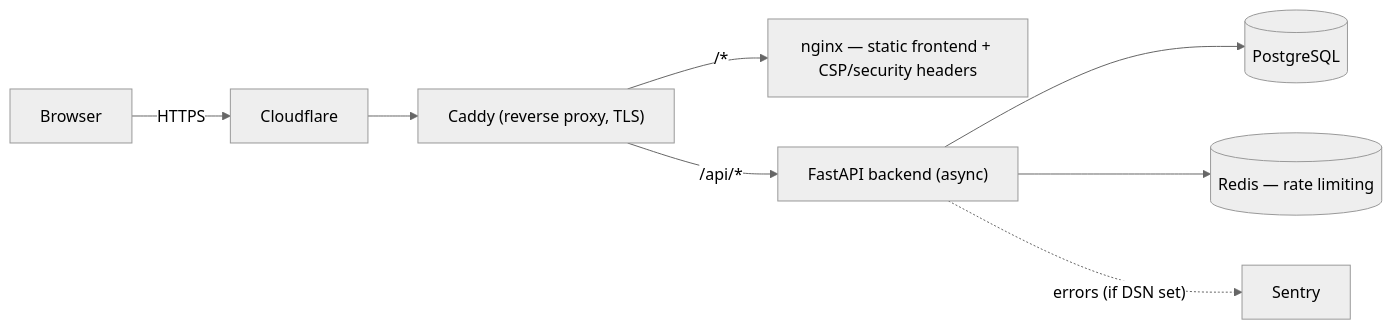
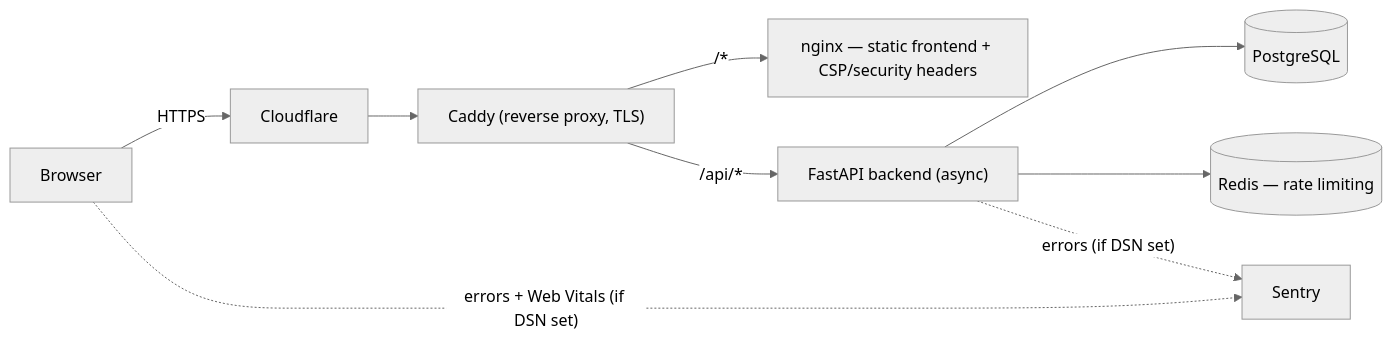
One commit to Ingwalde/Palette changed the second of 3 diagrams in docs/architecture.md. Above: the diagram before and after it, drawn with Mermaid (neutral theme). The commit also changed other lines of this file and 2 other files, not shown here.

First line of the commit message:
docs: document frontend Sentry (client errors + Web Vitals)

````diff
--- a/docs/architecture.md
+++ b/docs/architecture.md
@@ -69,10 +70,11 @@
 ```mermaid
 flowchart LR
     U["Browser"] -->|HTTPS| CF["Cloudflare"]
     CF --> CA["Caddy (reverse proxy, TLS)"]
     CA -->|"/*"| FE["nginx — static frontend + CSP/security headers"]
     CA -->|"/api/*"| BE["FastAPI backend (async)"]
     BE --> DB[("PostgreSQL")]
     BE --> RD[("Redis — rate limiting")]
     BE -. "errors (if DSN set)" .-> SN["Sentry"]
+    U -. "errors + Web Vitals (if DSN set)" .-> SN
 ```
````
